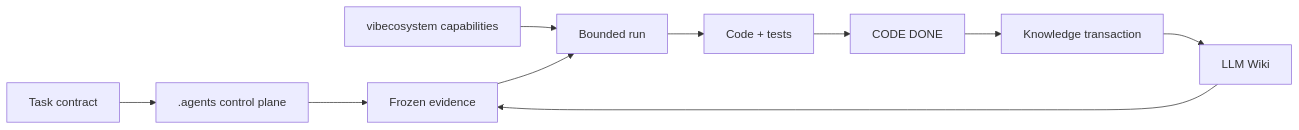
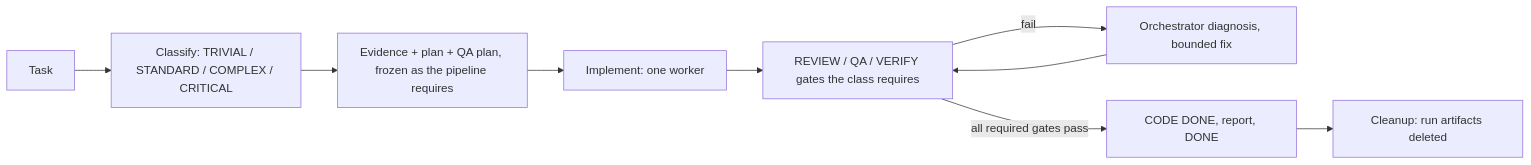
One commit to furkansarikaya/deterministic-agent-workflow-example changed the diagram in README.md. Above: the diagram before and after it, drawn with Mermaid. The commit also changed other lines of this file and 43 other files, not shown here.

First line of the commit message:
refactor: multi-agent deterministic workflow, pipeline classification, disposable runs; rename architecture.md to agent-control-plane.md

````diff
--- a/README.md
+++ b/README.md
@@ -5,11 +7,11 @@
 ```mermaid
 flowchart LR
-  T[Task contract] --> C[.agents control plane]
-  V[vibecosystem capabilities] --> R[Bounded run]
-  W[LLM Wiki] --> E[Frozen evidence]
-  C --> E --> R
-  R --> O[Code + tests]
-  O --> D[CODE DONE]
-  D --> K[Knowledge transaction]
-  K --> W
+  T[Task] --> K[Classify: TRIVIAL / STANDARD / COMPLEX / CRITICAL]
+  K --> E[Evidence + plan + QA plan, frozen as the pipeline requires]
+  E --> I[Implement: one worker]
+  I --> G[REVIEW / QA / VERIFY gates the class requires]
+  G -->|fail| F[Orchestrator diagnosis, bounded fix]
+  F --> G
+  G -->|all required gates pass| D[CODE DONE, report, DONE]
+  D --> X[Cleanup: run artifacts deleted]
 ```
````
